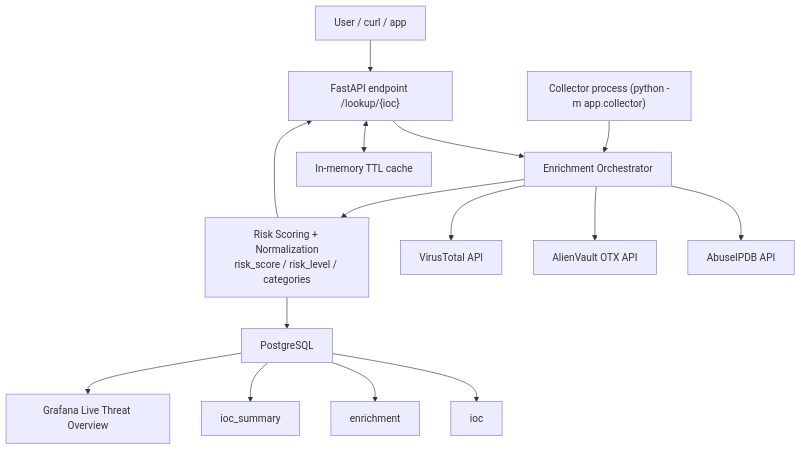
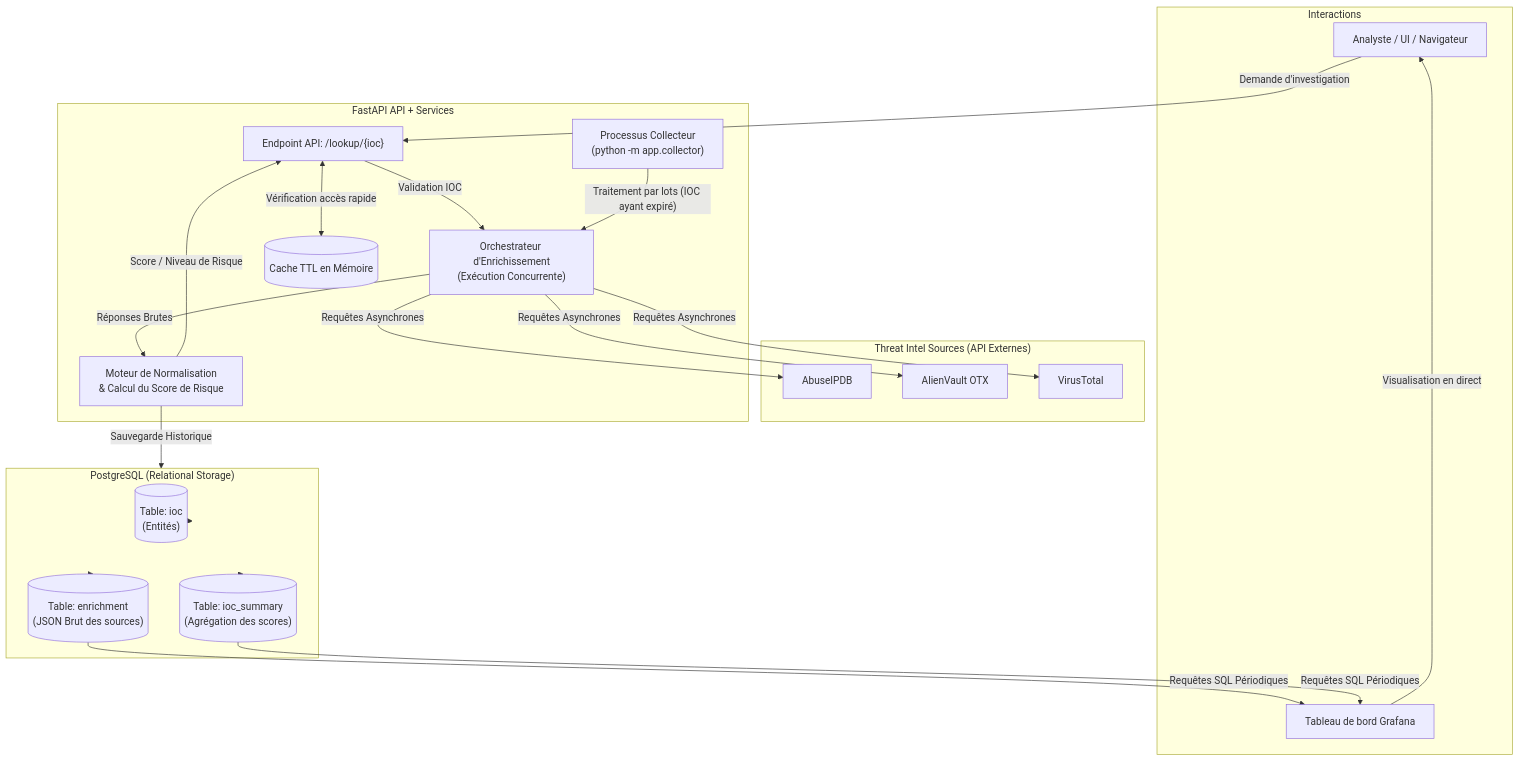
Before and after one commit to Alito153/live-threat-dashboard: the second of 2 diagrams in README.md, drawn with Mermaid. The commit also changed other lines of this file, not shown here.

Commit message:
docs: traduit le README en français avec sections architecture et organisation détaillées

````diff
--- a/README.md
+++ b/README.md
@@ -162,36 +142,49 @@
 ```mermaid
 flowchart TD
-    ABUSE["AbuseIPDB API"]
-    OTX["AlienVault OTX API"]
-    VT["VirusTotal API"]
+    %% Entités Externes
+    subgraph Sources ["Threat Intel Sources (API Externes)"]
+        ABUSE["AbuseIPDB"]
+        OTX["AlienVault OTX"]
+        VT["VirusTotal"]
+    end
 
-    CLIENT["User / curl / app"]
-    LOOKUP["FastAPI endpoint /lookup/{ioc}"]
-    COLLECTOR["Collector process (python -m app.collector)"]
-    ENGINE["Enrichment Orchestrator"]
-    SCORE["Risk Scoring + Normalization\nrisk_score / risk_level / categories"]
-    CACHE["In-memory TTL cache"]
-    DB["PostgreSQL"]
-    T1["ioc"]
-    T2["enrichment"]
-    T3["ioc_summary"]
-    GRAFANA["Grafana Live Threat Overview"]
+    %% Utilisateurs et API
+    subgraph Frontend ["Interactions"]
+        CLIENT["Analyste / UI / Navigateur"]
+        GRAFANA["Tableau de bord Grafana"]
+    end
 
-    CLIENT --> LOOKUP
-    LOOKUP --> ENGINE
-    LOOKUP <--> CACHE
-    COLLECTOR --> ENGINE
+    %% Application Backend
+    subgraph Backend ["FastAPI API + Services"]
+        LOOKUP["Endpoint API: /lookup/{ioc}"]
+        COLLECTOR["Processus Collecteur\n(python -m app.collector)"]
+        ENGINE["Orchestrateur d'Enrichissement\n(Exécution Concurrente)"]
+        SCORE["Moteur de Normalisation \n& Calcul du Score de Risque"]
+        CACHE[("Cache TTL en Mémoire")]
+    end
 
-    ENGINE --> ABUSE
-    ENGINE --> OTX
-    ENGINE --> VT
+    %% Stockage
+    subgraph Database ["PostgreSQL (Relational Storage)"]
+        T1[("Table: ioc\n(Entités)")]
+        T2[("Table: enrichment\n(JSON Brut des sources)")]
+        T3[("Table: ioc_summary\n(Agrégation des scores)")]
+    end
 
-    ENGINE --> SCORE
-    SCORE --> LOOKUP
-    SCORE --> DB
+    %% Flux Logiques
+    CLIENT -- Demande d'investigation --> LOOKUP
+    LOOKUP <-->|Vérification accès rapide| CACHE
+    LOOKUP -- Validation IOC --> ENGINE
+    COLLECTOR -- Traitement par lots (IOC ayant expiré) --> ENGINE
 
-    DB --> T1
-    DB --> T2
-    DB --> T3
-    DB --> GRAFANA
+    ENGINE -- "Requêtes Asynchrones" --> ABUSE
+    ENGINE -- "Requêtes Asynchrones" --> OTX
+    ENGINE -- "Requêtes Asynchrones" --> VT
+
+    ENGINE -- "Réponses Brutes" --> SCORE
+    SCORE -- "Score / Niveau de Risque" --> LOOKUP
+    SCORE -- "Sauvegarde Historique" --> Database
+
+    Database --> T1 & T2 & T3
+    T2 & T3 -- "Requêtes SQL Périodiques" --> GRAFANA
+    GRAFANA -- "Visualisation en direct" --> CLIENT
 ```
````
